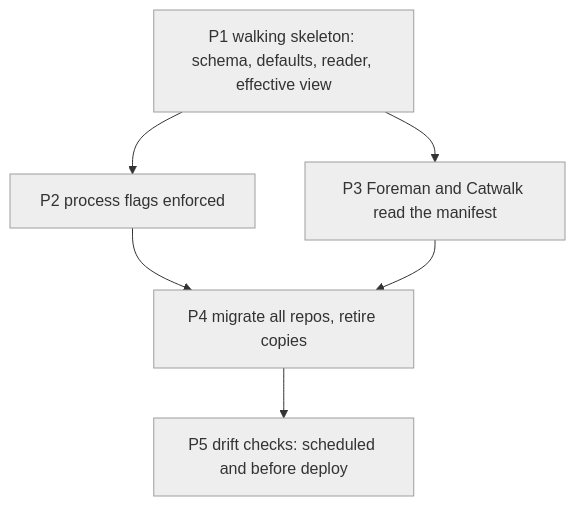
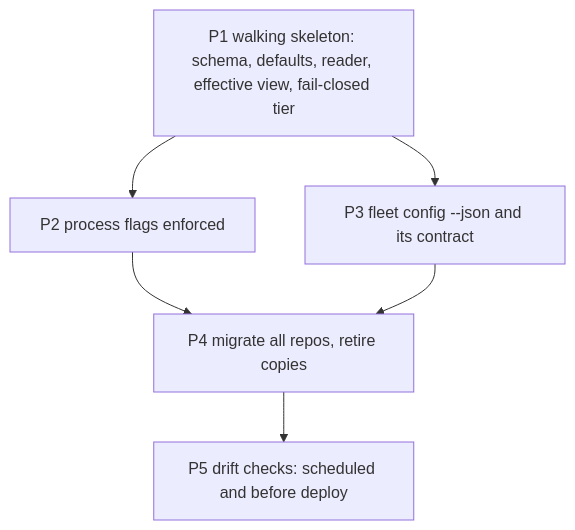
Before and after one commit to sibulus13/claudence: the second of 2 diagrams in docs/work/project-manifest/README.md, drawn with Mermaid. The commit also changed other lines of this file and 5 other files, not shown here.

````diff
--- a/docs/work/project-manifest/README.md
+++ b/docs/work/project-manifest/README.md
@@ -101,10 +102,8 @@
 ```mermaid
 flowchart TD
-  P1["P1 walking skeleton: schema, defaults, reader, effective view"] --> P2["P2 process flags enforced"]
-  P1 --> P3["P3 Foreman and Catwalk read the manifest"]
+  P1["P1 walking skeleton: schema, defaults, reader, effective view, fail-closed tier"] --> P2["P2 process flags enforced"]
+  P1 --> P3["P3 fleet config --json and its contract"]
   P2 --> P4["P4 migrate all repos, retire copies"]
   P3 --> P4
   P4 --> P5["P5 drift checks: scheduled and before deploy"]
-  classDef planned fill:#eeeeee,color:#333,stroke:#9e9e9e
-  class P1,P2,P3,P4,P5 planned
 ```
````
